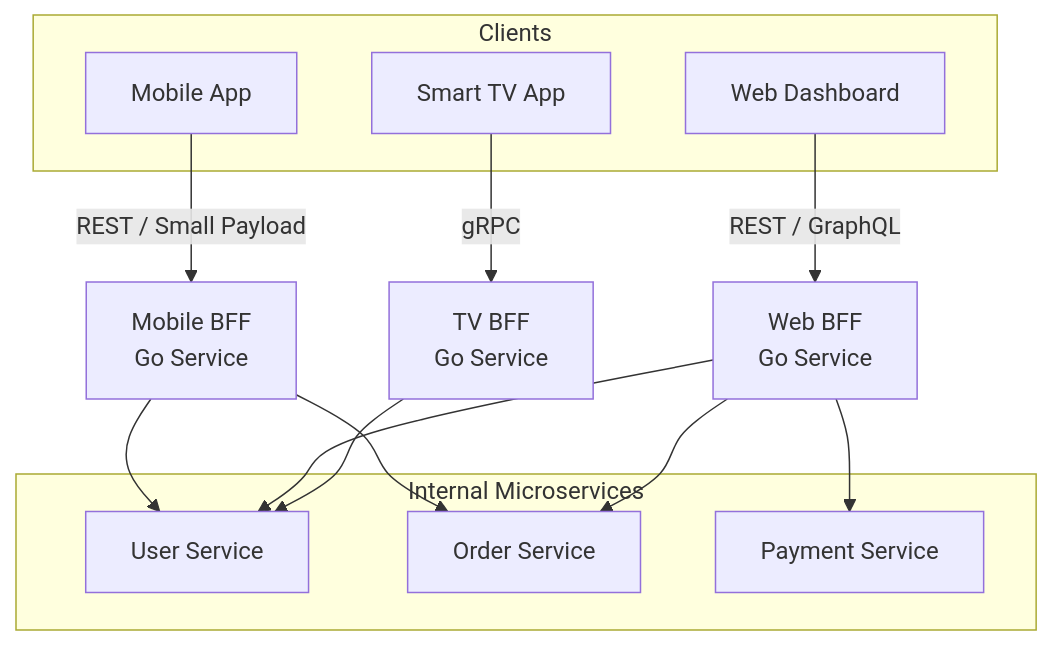
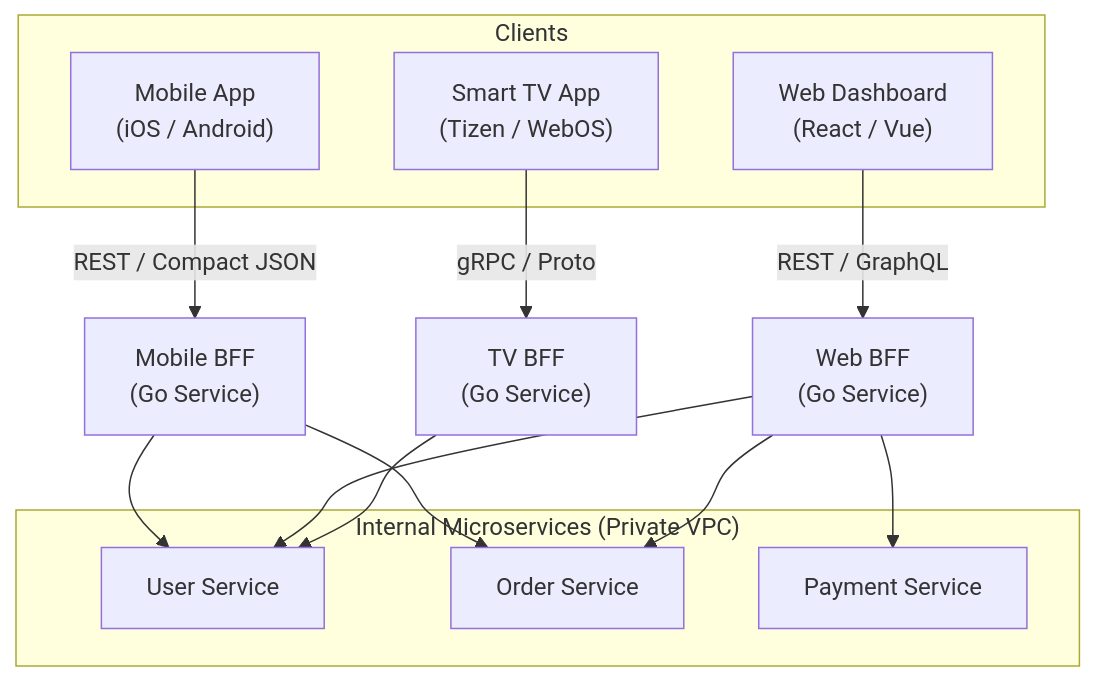
One commit to UnrealTemplier/go-textbook changed the diagram in sources/14. Распределенные системы на Go/09. Паттерны/5. BFF.md. Above: the diagram before and after it, drawn with Mermaid. The commit also changed other lines of this file, not shown here.

Commit message:
feat(module-14): editorial rewrite of lecture 5 (BFF) in Subsection 9 in Kernighan style

````diff
--- a/sources/14. Распределенные системы на Go/09. Паттерны/5. BFF.md
+++ b/sources/14. Распределенные системы на Go/09. Паттерны/5. BFF.md
@@ -35,27 +48,27 @@
 ```mermaid
 flowchart TD
     subgraph "Clients"
-        Mobile["Mobile App"]
-        Web["Web Dashboard"]
-        SmartTV["Smart TV App"]
+        Mobile["Mobile App<br>(iOS / Android)"]
+        Web["Web Dashboard<br>(React / Vue)"]
+        SmartTV["Smart TV App<br>(Tizen / WebOS)"]
     end
 
-    Mobile -->|"REST / Small Payload"| MBFF["Mobile BFF<br>Go Service"]
-    Web -->|"REST / GraphQL"| WBFF["Web BFF<br>Go Service"]
-    SmartTV -->|"gRPC"| TVBFF["TV BFF<br>Go Service"]
+    Mobile -->|"REST / Compact JSON"| MBFF["Mobile BFF<br>(Go Service)"]
+    Web -->|"REST / GraphQL"| WBFF["Web BFF<br>(Go Service)"]
+    SmartTV -->|"gRPC / Proto"| TVBFF["TV BFF<br>(Go Service)"]
 
-    subgraph "Internal Microservices"
+    subgraph "Internal Microservices (Private VPC)"
         US["User Service"]
         OS["Order Service"]
         PS["Payment Service"]
     end
 
     MBFF --> US
     MBFF --> OS
     
     WBFF --> US
     WBFF --> OS
     WBFF --> PS
 
     TVBFF --> US
 ```
````
